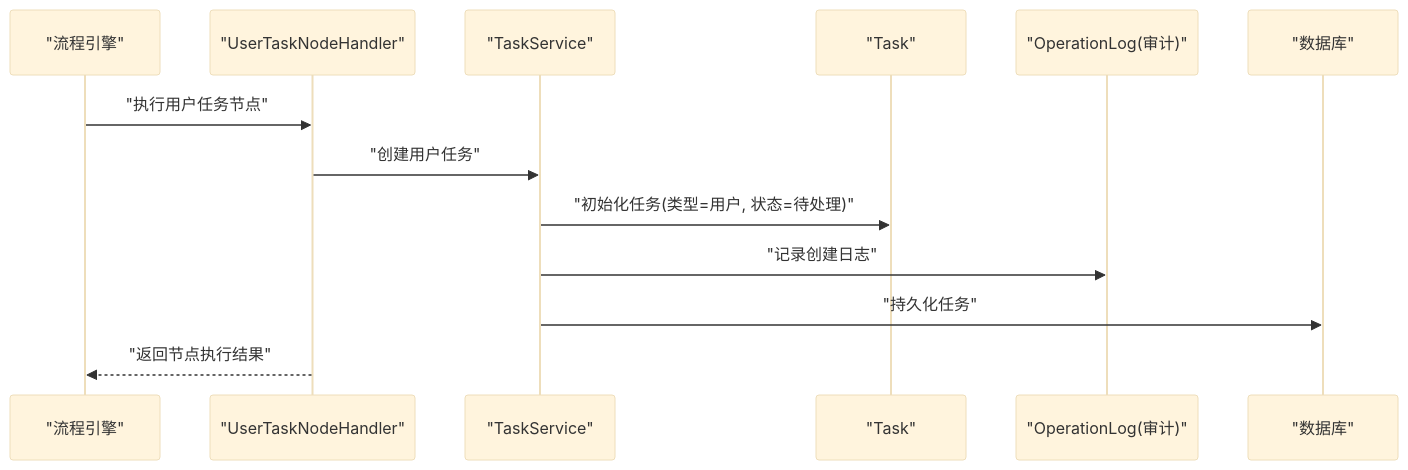
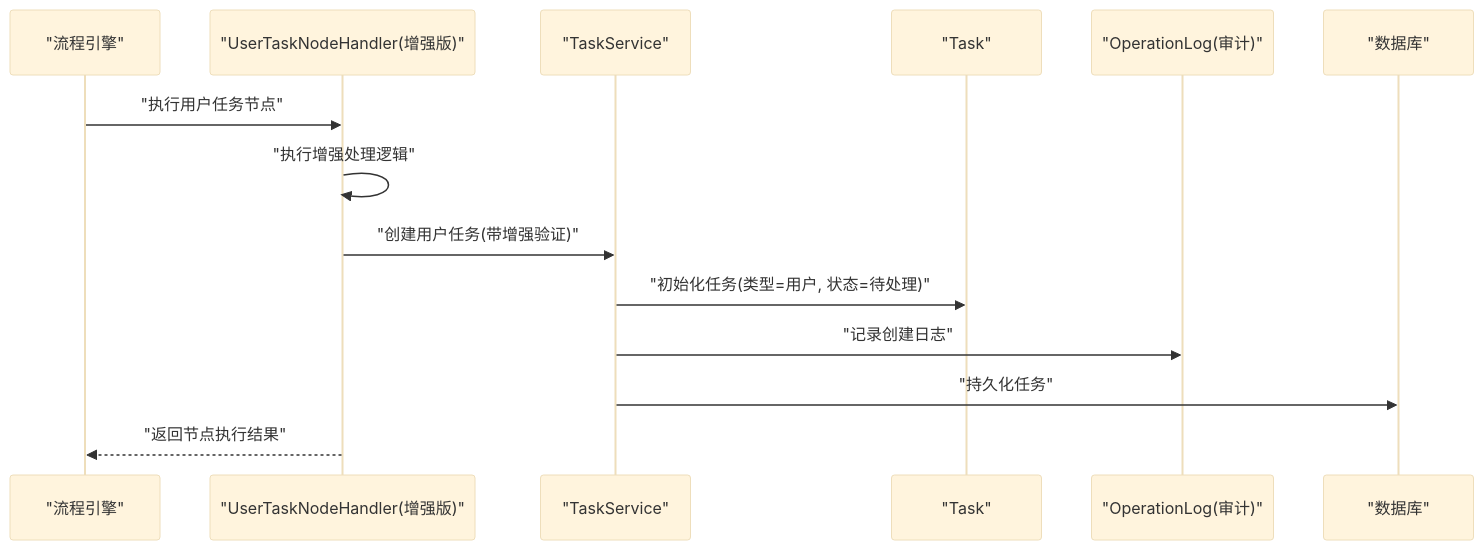
One commit to liming-lihaini/workflow changed the fifth of 10 diagrams in .qoder/repowiki/zh/content/任务管理/任务生命周期管理.md. Above: the diagram before and after it, drawn with Mermaid (base theme). The commit also changed other lines of this file and 18 other files, not shown here.

````diff
--- a/.qoder/repowiki/zh/content/任务管理/任务生命周期管理.md
+++ b/.qoder/repowiki/zh/content/任务管理/任务生命周期管理.md
@@ -224,15 +318,16 @@
 ```mermaid
 sequenceDiagram
 participant Engine as "流程引擎"
-participant Node as "UserTaskNodeHandler"
+participant Node as "UserTaskNodeHandler(增强版)"
 participant Service as "TaskService"
 participant Entity as "Task"
 participant Audit as "OperationLog(审计)"
 participant DB as "数据库"
 Engine->>Node : "执行用户任务节点"
-Node->>Service : "创建用户任务"
+Node->>Node : "执行增强处理逻辑"
+Node->>Service : "创建用户任务(带增强验证)"
 Service->>Entity : "初始化任务(类型=用户, 状态=待处理)"
 Service->>Audit : "记录创建日志"
 Service->>DB : "持久化任务"
 Node-->>Engine : "返回节点执行结果"
 ```
````
